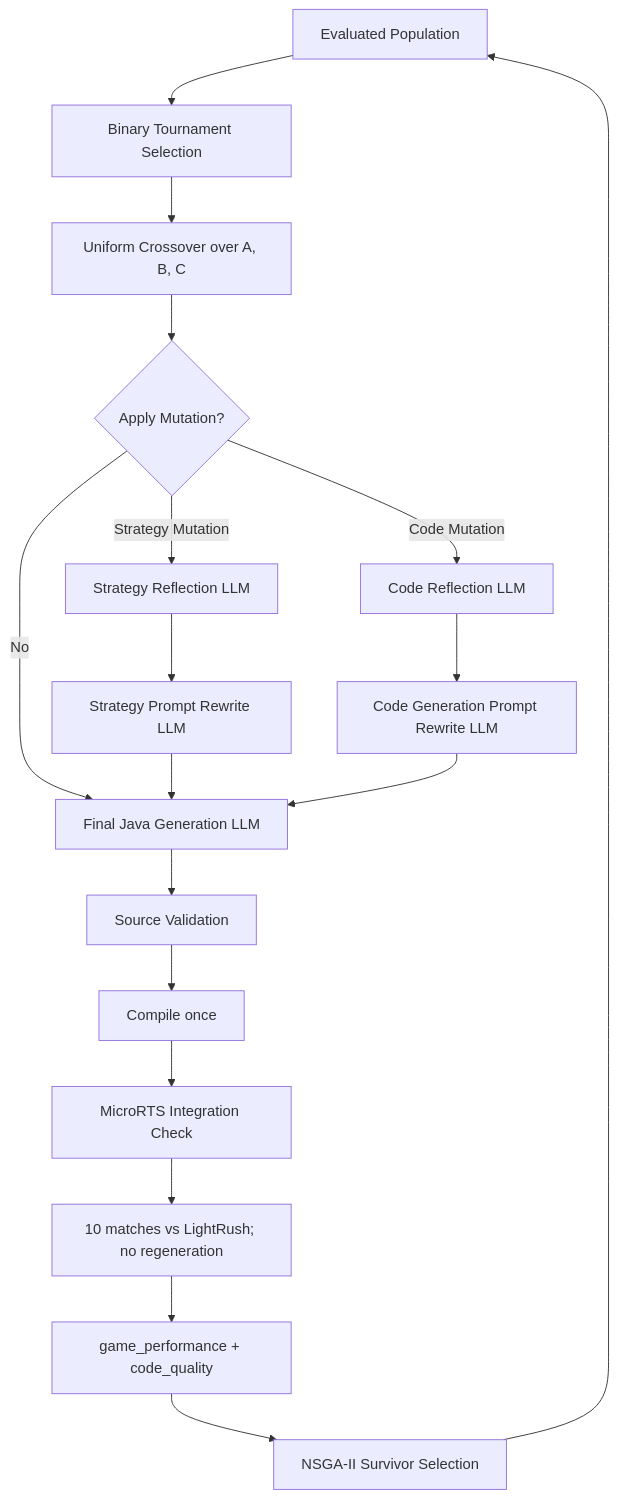
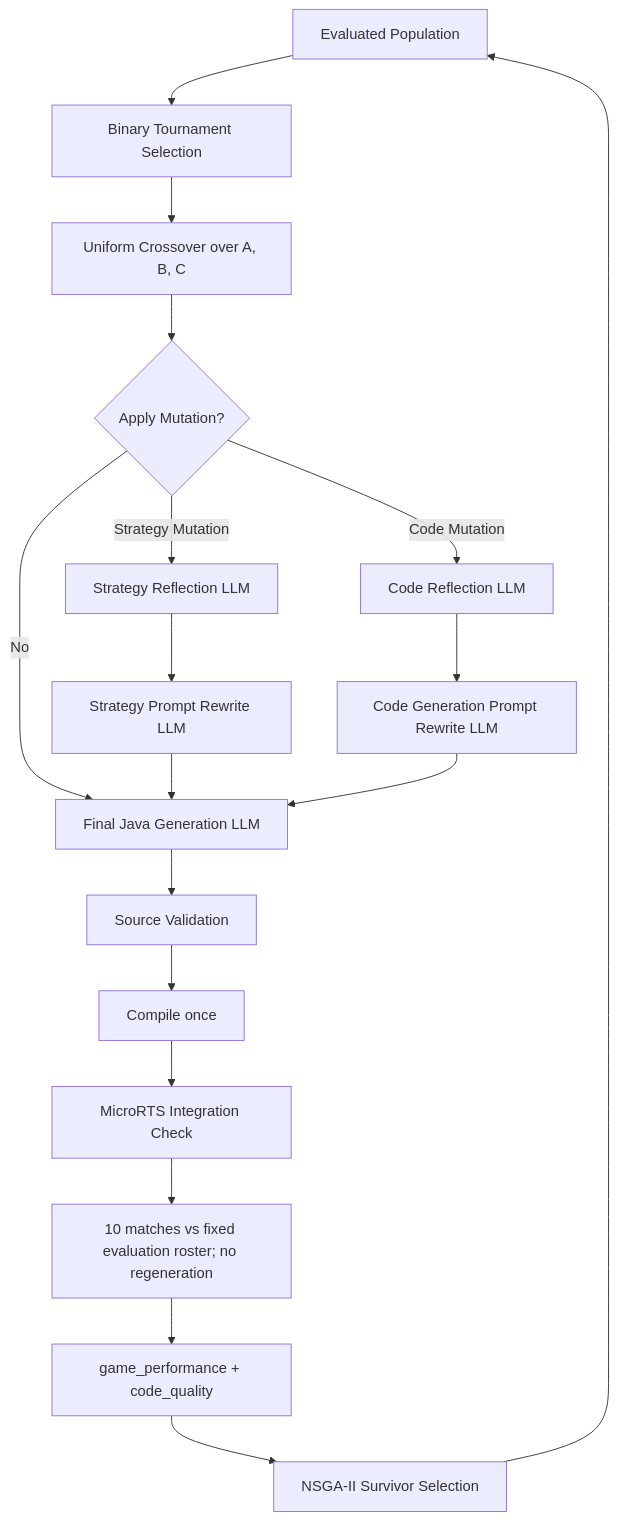
Before and after one commit to sophie8909/EAGLE: the diagram in docs/architeture_specification_zh.md, drawn with Mermaid. The commit also changed other lines of this file and 14 other files, not shown here.

Commit message:
Align evaluation pipeline with architecture contract

````diff
--- a/docs/architeture_specification_zh.md
+++ b/docs/architeture_specification_zh.md
@@ -47,13 +47,13 @@
 ```mermaid
 flowchart TD
     P["Evaluated Population"] --> S["Binary Tournament Selection"]
     S --> X["Uniform Crossover over A, B, C"]
     X --> M{"Apply Mutation?"}
     M -->|No| G["Final Java Generation LLM"]
     M -->|Strategy Mutation| SR["Strategy Reflection LLM"] --> SW["Strategy Prompt Rewrite LLM"] --> G
     M -->|Code Mutation| CR["Code Reflection LLM"] --> CW["Code Generation Prompt Rewrite LLM"] --> G
     G --> V["Source Validation"] --> C["Compile once"] --> I["MicroRTS Integration Check"]
-    I --> E["10 matches vs LightRush; no regeneration"]
+    I --> E["10 matches vs fixed evaluation roster; no regeneration"]
     E --> O["game_performance + code_quality"]
     O --> N["NSGA-II Survivor Selection"] --> P
 ```
````
